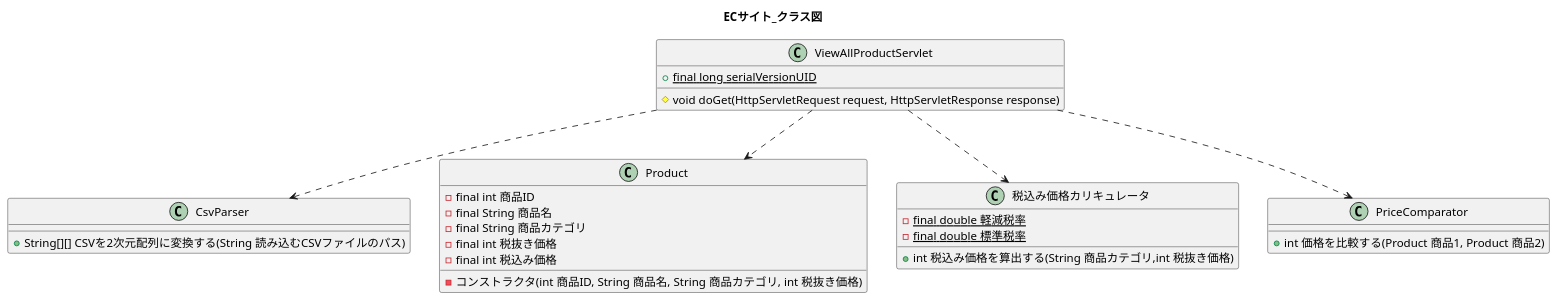
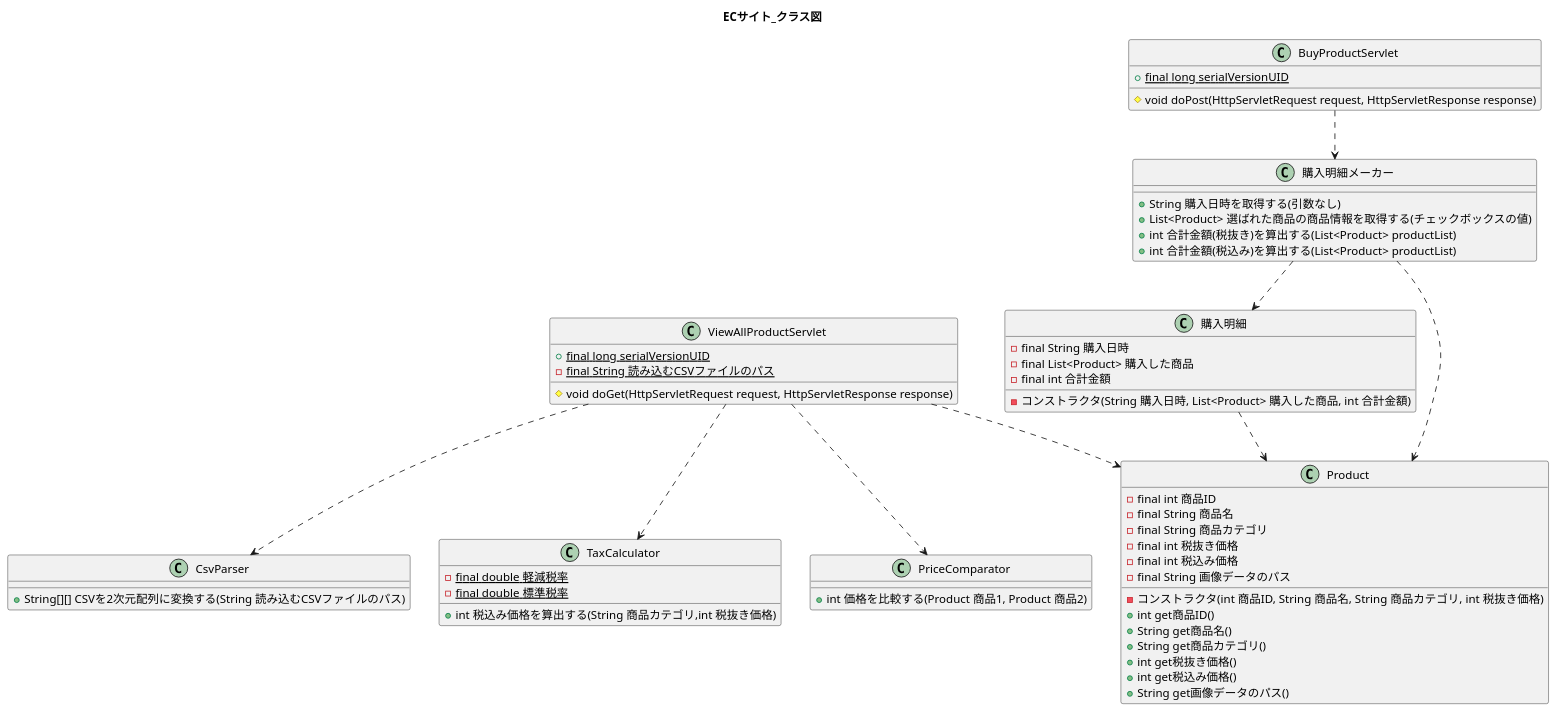
Before and after one commit to wnakayama/ojt_ecsite: the diagram in UML/ClassDiag.puml, drawn with PlantUML. The commit also changed 5 other files, not shown here.

```diff
--- a/UML/ClassDiag.puml
+++ b/UML/ClassDiag.puml
@@ -1,40 +1,67 @@
 @startuml
 title ECサイト_クラス図
 
 class ViewAllProductServlet {
     +{static} final long serialVersionUID
+    -{static} final String 読み込むCSVファイルのパス
+    #void doGet(HttpServletRequest request, HttpServletResponse response)
+}
 
-    #void doGet(HttpServletRequest request, HttpServletResponse response)
+class BuyProductServlet {
+    +{static} final long serialVersionUID
+    #void doPost(HttpServletRequest request, HttpServletResponse response)
+}
+
+BuyProductServlet ..> 購入明細メーカー
+class 購入明細メーカー {
+    +String 購入日時を取得する(引数なし)
+    +List<Product> 選ばれた商品の商品情報を取得する(チェックボックスの値)
+    +int 合計金額(税抜き)を算出する(List<Product> productList) 
+    +int 合計金額(税込み)を算出する(List<Product> productList) 
+}
+
+購入明細メーカー ..> 購入明細
+class 購入明細 {
+    -final String 購入日時
+    -final List<Product> 購入した商品
+    -final int 合計金額
+    -コンストラクタ(String 購入日時, List<Product> 購入した商品, int 合計金額)
 }
 
 ViewAllProductServlet ..> CsvParser
 class CsvParser {
     +String[][] CSVを2次元配列に変換する(String 読み込むCSVファイルのパス)
 }
 
-
-ViewAllProductServlet ..> Product
-class Product {
-    -final int 商品ID
-    -final String 商品名
-    -final String 商品カテゴリ
-    -final int 税抜き価格
-    -final int 税込み価格
-
-    -コンストラクタ(int 商品ID, String 商品名, String 商品カテゴリ, int 税抜き価格)
-}
-
-ViewAllProductServlet ..> 税込み価格カリキュレータ
-class 税込み価格カリキュレータ {
+ViewAllProductServlet ..> TaxCalculator
+class TaxCalculator {
     -{static}final double 軽減税率
     -{static}final double 標準税率
 
     +int 税込み価格を算出する(String 商品カテゴリ,int 税抜き価格)
 }
 
 ViewAllProductServlet ..> PriceComparator
 class PriceComparator {
     +int 価格を比較する(Product 商品1, Product 商品2)
 }
 
+ViewAllProductServlet ..> Product
+購入明細メーカー ..> Product
+購入明細 ..> Product
+class Product {
+    -final int 商品ID
+    -final String 商品名
+    -final String 商品カテゴリ
+    -final int 税抜き価格
+    -final int 税込み価格
+    -final String 画像データのパス
+    -コンストラクタ(int 商品ID, String 商品名, String 商品カテゴリ, int 税抜き価格)
+    +int get商品ID()
+    +String get商品名()
+    +String get商品カテゴリ()
+    +int get税抜き価格()
+    +int get税込み価格()
+    +String get画像データのパス()
+}
 @enduml
```
